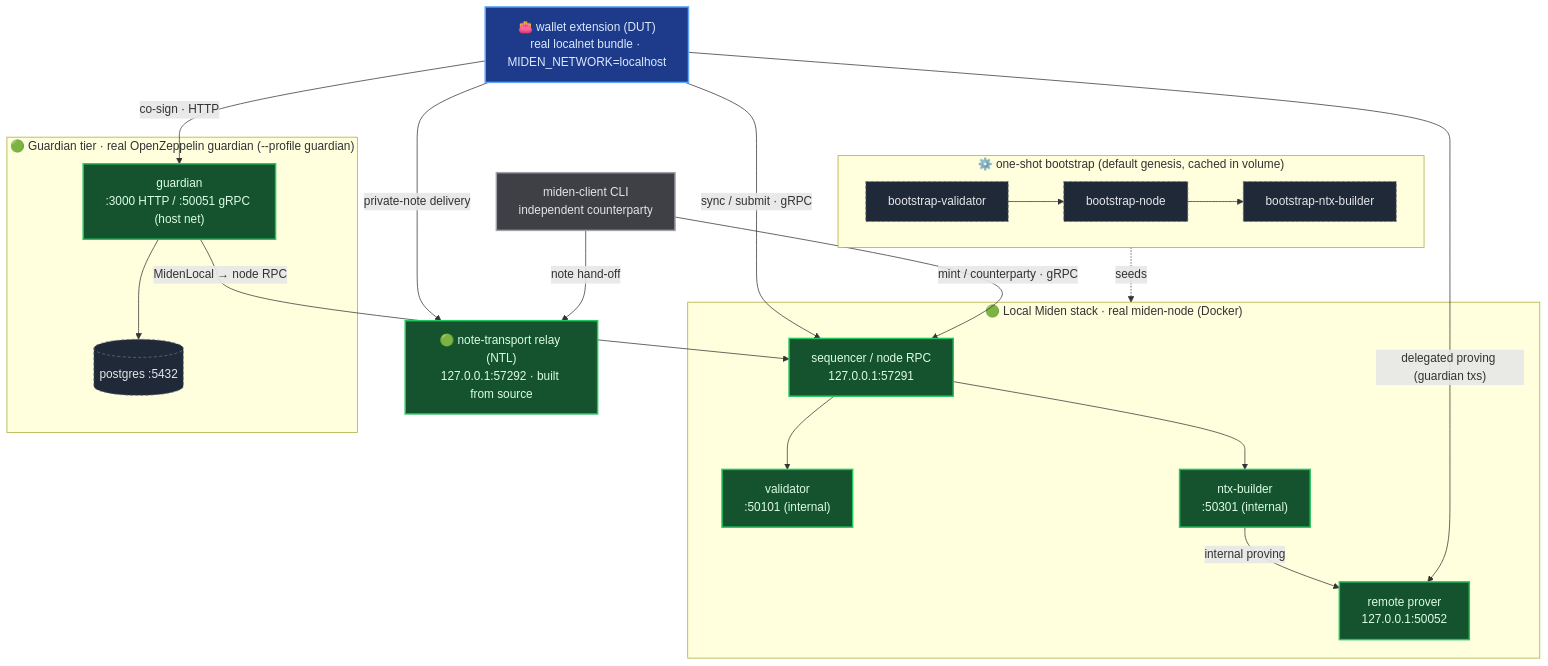
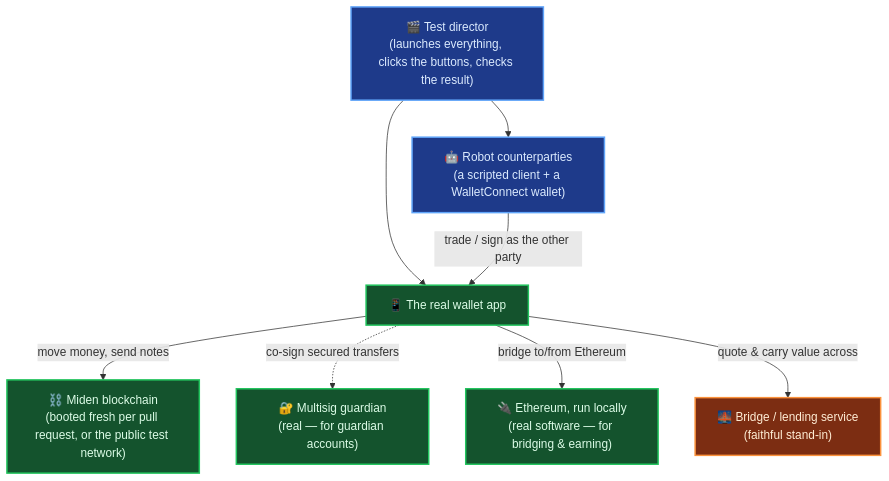
Before and after one commit to 0xMiden/wallet: the second of 8 diagrams in playwright/e2e/docs/e2e-architecture.md, drawn with Mermaid. The commit also changed other lines of this file, not shown here.

Commit message:
docs(e2e): rewrite for a non-Miden audience — plainer language, high-level diagrams, corrected claims

````diff
--- a/playwright/e2e/docs/e2e-architecture.md
+++ b/playwright/e2e/docs/e2e-architecture.md
@@ -63,42 +62,24 @@
 ```mermaid
 flowchart TB
-  subgraph BOOT["⚙️ one-shot bootstrap (default genesis, cached in volume)"]
-    direction LR
-    BV["bootstrap-validator"]:::infra --> BN["bootstrap-node"]:::infra --> BX["bootstrap-ntx-builder"]:::infra
-  end
+  DIR["🎬 Test director<br/>(launches everything, clicks the buttons, checks the result)"]:::test
+  ROBOT["🤖 Robot counterparties<br/>(a scripted client + a WalletConnect wallet)"]:::test
 
-  subgraph NODE["🟢 Local Miden stack · real miden-node (Docker)"]
-    SEQ["sequencer / node RPC<br/>127.0.0.1:57291"]:::real
-    VAL["validator<br/>:50101 (internal)"]:::real
-    NTX["ntx-builder<br/>:50301 (internal)"]:::real
-    PROV["remote prover<br/>127.0.0.1:50052"]:::real
-  end
+  APP["📱 The real wallet app"]:::real
 
-  NTL["🟢 note-transport relay (NTL)<br/>127.0.0.1:57292 · built from source"]:::real
+  CHAIN["⛓️ Miden blockchain<br/>(booted fresh per pull request, or the public test network)"]:::real
+  GUARD["🔐 Multisig guardian<br/>(real — for guardian accounts)"]:::real
+  ETH["🔌 Ethereum, run locally<br/>(real software — for bridging & earning)"]:::real
+  BRIDGE["🌉 Bridge / lending service<br/>(faithful stand-in)"]:::fake
 
-  subgraph GUARD["🟢 Guardian tier · real OpenZeppelin guardian (--profile guardian)"]
-    GD["guardian<br/>:3000 HTTP / :50051 gRPC (host net)"]:::real
-    PG[("postgres :5432")]:::infra
-  end
-
-  WALLET["👛 wallet extension (DUT)<br/>real localnet bundle · MIDEN_NETWORK=localhost"]:::wallet
-  CLI["miden-client CLI<br/>independent counterparty"]:::cli
-
-  BOOT -.->|"seeds"| NODE
-  SEQ --> VAL
-  SEQ --> NTX
-  NTX -->|"internal proving"| PROV
-  GD --> PG
-  GD -->|"MidenLocal → node RPC"| SEQ
-  WALLET -->|"sync / submit · gRPC"| SEQ
-  WALLET -->|"delegated proving (guardian txs)"| PROV
-  WALLET -->|"private-note delivery"| NTL
-  WALLET -->|"co-sign · HTTP"| GD
-  CLI -->|"mint / counterparty · gRPC"| SEQ
-  CLI -->|"note hand-off"| NTL
+  DIR --> APP
+  DIR --> ROBOT
+  APP -->|"move money, send notes"| CHAIN
+  APP -.->|"co-sign secured transfers"| GUARD
+  APP -->|"bridge to/from Ethereum"| ETH
+  APP -->|"quote & carry value across"| BRIDGE
+  ROBOT -->|"trade / sign as the other party"| APP
 
   classDef real fill:#14532d,stroke:#22c55e,stroke-width:2px,color:#dcfce7;
-  classDef wallet fill:#1e3a8a,stroke:#60a5fa,stroke-width:2px,color:#dbeafe;
-  classDef cli fill:#3f3f46,stroke:#a1a1aa,stroke-width:2px,color:#e4e4e7;
-  classDef infra fill:#1f2937,stroke:#6b7280,stroke-width:1px,color:#e5e7eb,stroke-dasharray:4 3;
+  classDef fake fill:#7c2d12,stroke:#fb923c,stroke-width:2px,color:#ffedd5;
+  classDef test fill:#1e3a8a,stroke:#60a5fa,stroke-width:2px,color:#dbeafe;
 ```
````
